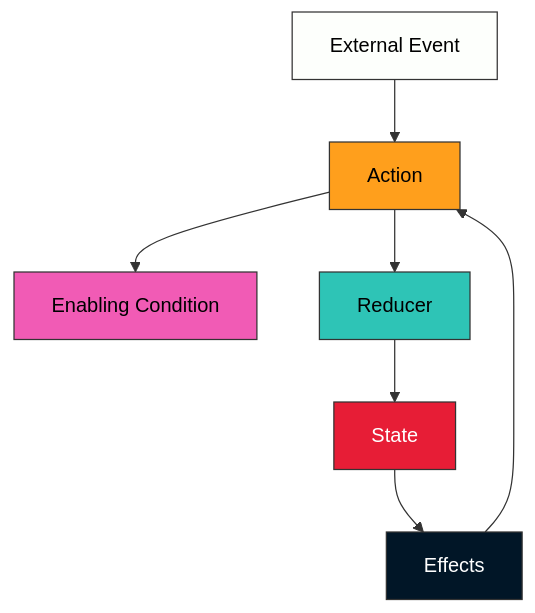
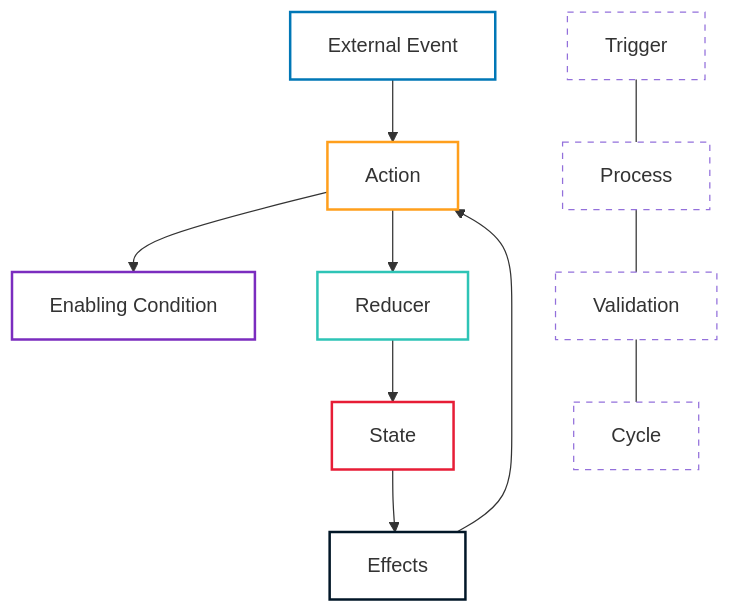
Before and after one commit to openmina/openmina: the diagram in llm-docs/architecture/data-flow.md, drawn with Mermaid. The commit also changed other lines of this file and 7 other files, not shown here.

Commit message:
Updated Diagrams

````diff
--- a/llm-docs/architecture/data-flow.md
+++ b/llm-docs/architecture/data-flow.md
@@ -7,23 +7,28 @@
 ```mermaid
 flowchart TD
     ExternalEvent["External Event"] --> Action
     Action["Action"] --> EnablingCondition["Enabling Condition"]
     Action --> Reducer["Reducer"]
     Reducer --> State["State"]
     State --> Effects["Effects"]
     Effects --> Action
 
-    classDef eventClass fill:#fdfffc,stroke:#333,stroke-width:1px,color:black;
-    classDef actionClass fill:#ff9f1c,stroke:#333,stroke-width:1px,color:black;
-    classDef conditionClass fill:#f15bb5,stroke:#333,stroke-width:1px,color:black;
-    classDef reducerClass fill:#2ec4b6,stroke:#333,stroke-width:1px,color:black;
-    classDef stateClass fill:#e71d36,stroke:#333,stroke-width:1px,color:white;
-    classDef effectsClass fill:#011627,stroke:#333,stroke-width:1px,color:white;
+    %% Legend
+    L1["Trigger"] --- L2["Process"] --- L3["Validation"] --- L4["Cycle"]
+
+    classDef eventClass stroke:#0077b6,stroke-width:2px,fill:none;
+    classDef actionClass stroke:#ff9f1c,stroke-width:2px,fill:none;
+    classDef conditionClass stroke:#7b2cbf,stroke-width:2px,fill:none;
+    classDef reducerClass stroke:#2ec4b6,stroke-width:2px,fill:none;
+    classDef stateClass stroke:#e71d36,stroke-width:2px,fill:none;
+    classDef effectsClass stroke:#011627,stroke-width:2px,fill:none;
+    classDef legend stroke-dasharray: 5 5, fill:none;
 
     class ExternalEvent eventClass;
     class Action actionClass;
     class EnablingCondition conditionClass;
     class Reducer reducerClass;
     class State stateClass;
     class Effects effectsClass;
+    class L1,L2,L3,L4 legend;
 ```
````
